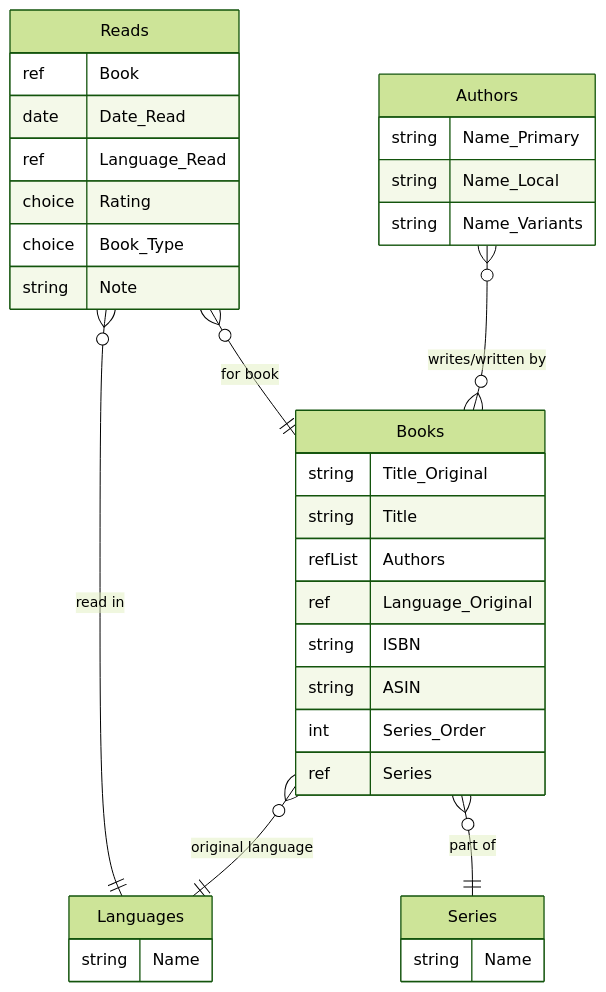
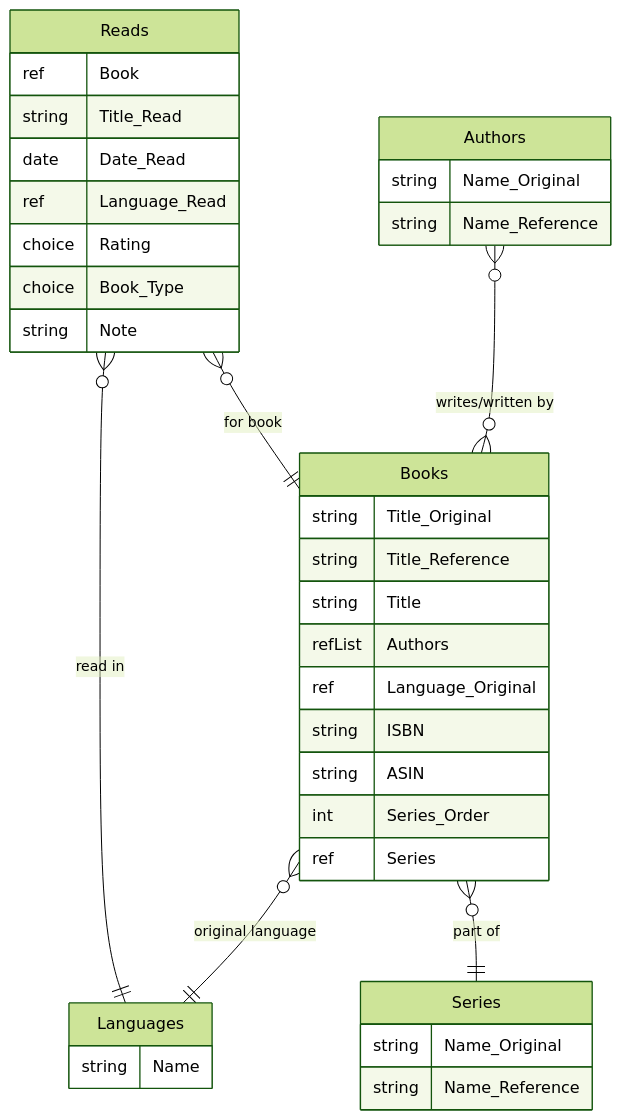
One commit to pedorich-n/book-sync changed the diagram in grist/README.md. Above: the diagram before and after it, drawn with Mermaid (forest theme). The commit also changed 5 other files, not shown here.

````diff
--- a/grist/README.md
+++ b/grist/README.md
@@ -3,39 +3,41 @@
 ```mermaid
 erDiagram
     Authors {
-        string Name_Primary
-        string Name_Local
-        string Name_Variants
+        string Name_Original
+        string Name_Reference
     }
     Books {
         string Title_Original
+        string Title_Reference
         string Title
         refList Authors
         ref Language_Original
         string ISBN
         string ASIN
         int Series_Order
         ref Series
     }
     Languages {
         string Name
     }
     Reads {
         ref Book
+        string Title_Read
         date Date_Read
         ref Language_Read
         choice Rating
         choice Book_Type
         string Note
     }
     Series {
-        string Name
+        string Name_Original
+        string Name_Reference
     }
 
     Authors }o--o{ Books : "writes/written by"
     Books }o--|| Languages : "original language"
     Books }o--|| Series : "part of"
     Reads }o--|| Books : "for book"
     Reads }o--|| Languages : "read in"
 
 ```
````
